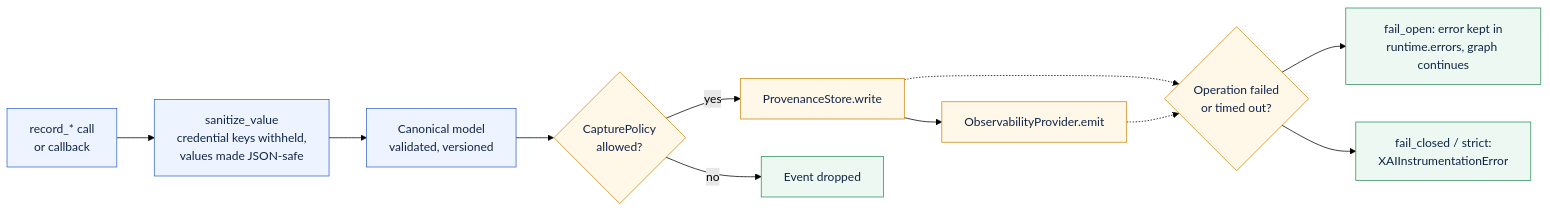
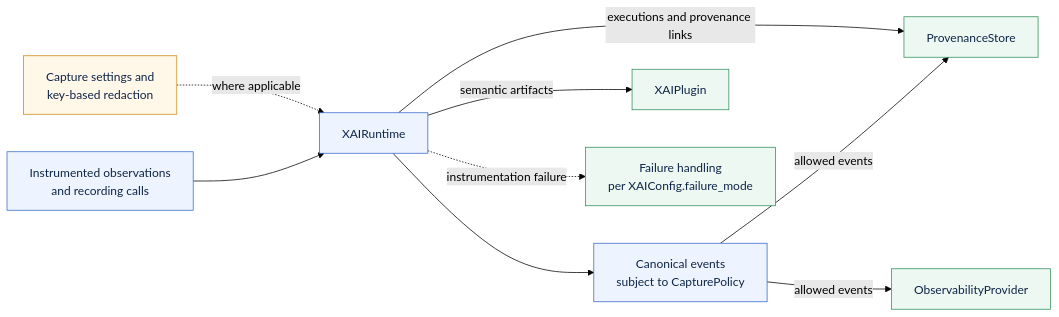
One commit to smuniharish/agxai changed the diagram in diagrams/capture-pipeline.mmd. Above: the diagram before and after it, drawn with Mermaid (forest theme). The commit also changed 49 other files, not shown here.

```diff
--- a/diagrams/capture-pipeline.mmd
+++ b/diagrams/capture-pipeline.mmd
@@ -1,23 +1,22 @@
 flowchart LR
     classDef core fill:#eef4ff,stroke:#3567c7,color:#0f2547
     classDef provider fill:#fff7e8,stroke:#c98a12,color:#0f2547
     classDef outcome fill:#ecf8f1,stroke:#2f8f5b,color:#0f2547
 
-    record["record_* call<br/>or callback"]:::core
-    sanitize["sanitize_value<br/>credential keys withheld,<br/>values made JSON-safe"]:::core
-    artifact["Canonical model<br/>validated, versioned"]:::core
-    policy{"CapturePolicy<br/>allowed?"}:::provider
-    store["ProvenanceStore.write"]:::provider
-    observe["ObservabilityProvider.emit"]:::provider
-    dropped["Event dropped"]:::outcome
-    failure{"Operation failed<br/>or timed out?"}:::provider
-    open["fail_open: error kept in<br/>runtime.errors, graph continues"]:::outcome
-    closed["fail_closed / strict:<br/>XAIInstrumentationError"]:::outcome
+    input["Instrumented observations<br/>and recording calls"]:::core
+    runtime["XAIRuntime"]:::core
+    controls["Capture settings and<br/>key-based redaction"]:::provider
+    events["Canonical events<br/>subject to CapturePolicy"]:::core
+    store["ProvenanceStore"]:::outcome
+    observe["ObservabilityProvider"]:::outcome
+    plugins["XAIPlugin"]:::outcome
+    failures["Failure handling<br/>per XAIConfig.failure_mode"]:::outcome
 
-    record --> sanitize --> artifact --> policy
-    policy -- yes --> store --> observe
-    policy -- no --> dropped
-    store -.-> failure
-    observe -.-> failure
-    failure --> open
-    failure --> closed
+    input --> runtime
+    controls -. "where applicable" .-> runtime
+    runtime --> events
+    events -- "allowed events" --> store
+    events -- "allowed events" --> observe
+    runtime -- "executions and provenance links" --> store
+    runtime -- "semantic artifacts" --> plugins
+    runtime -. "instrumentation failure" .-> failures
```
